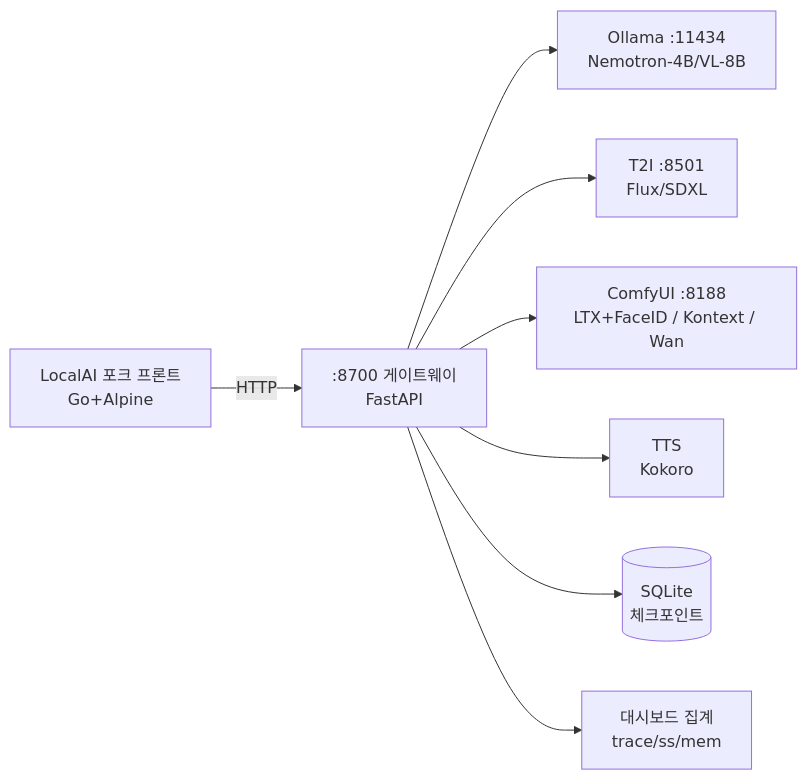
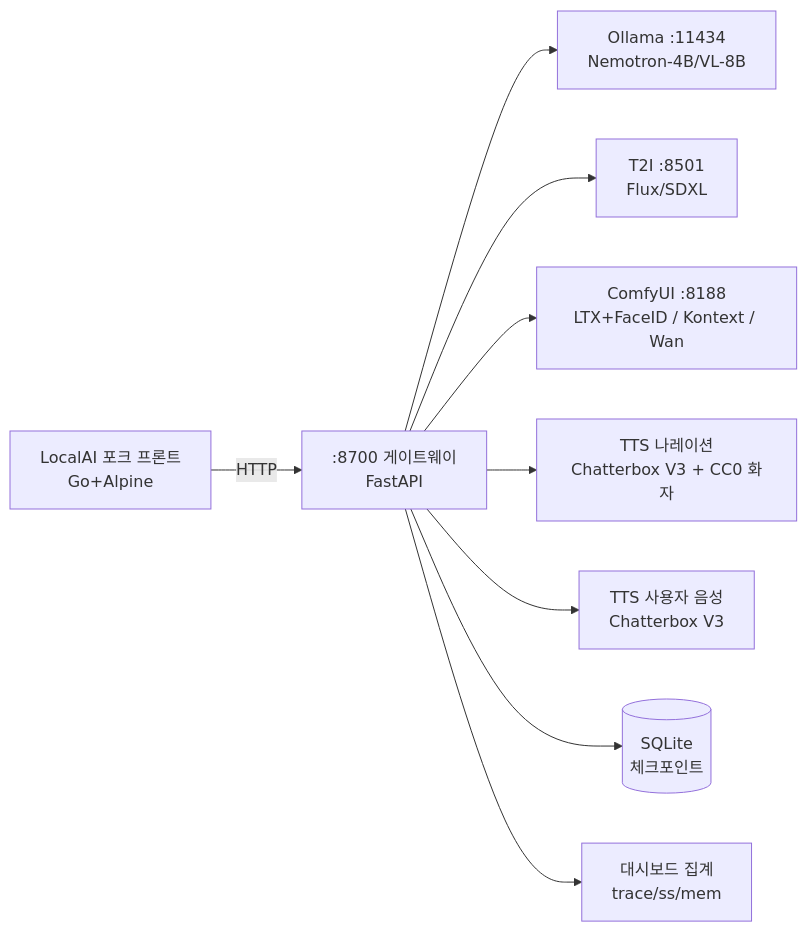
Before and after one commit to hayeon3203/DaolVision: the first of 4 diagrams in docs/Architecture.md, drawn with Mermaid. The commit also changed other lines of this file and 21 other files, not shown here.

````diff
--- a/docs/Architecture.md
+++ b/docs/Architecture.md
@@ -22,10 +23,11 @@
 ```mermaid
 flowchart LR
     FE[LocalAI 포크 프론트<br/>Go+Alpine] -->|HTTP| GW[:8700 게이트웨이<br/>FastAPI]
     GW --> OL[Ollama :11434<br/>Nemotron-4B/VL-8B]
     GW --> T2I[T2I :8501<br/>Flux/SDXL]
     GW --> CF[ComfyUI :8188<br/>LTX+FaceID / Kontext / Wan]
-    GW --> TTS[TTS<br/>Kokoro]
+    GW --> KTS[TTS 나레이션<br/>Chatterbox V3 + CC0 화자]
+    GW --> CTS[TTS 사용자 음성<br/>Chatterbox V3]
     GW --> DB[(SQLite<br/>체크포인트)]
     GW --> DASH[대시보드 집계<br/>trace/ss/mem]
 ```
````
